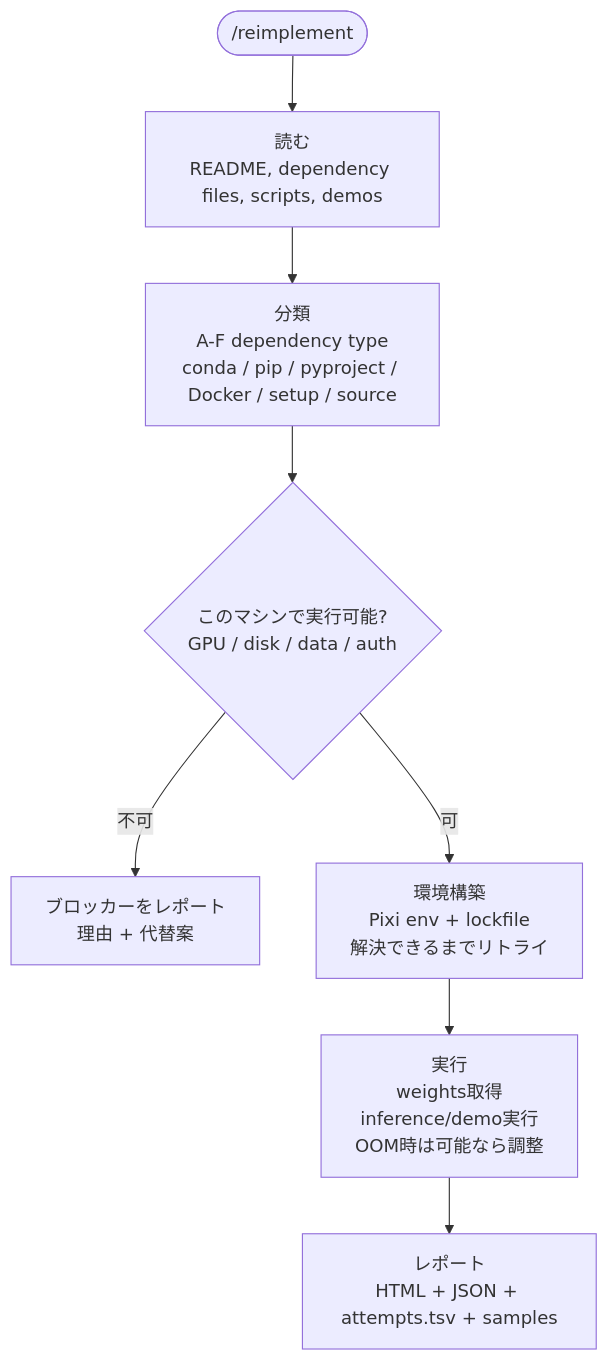
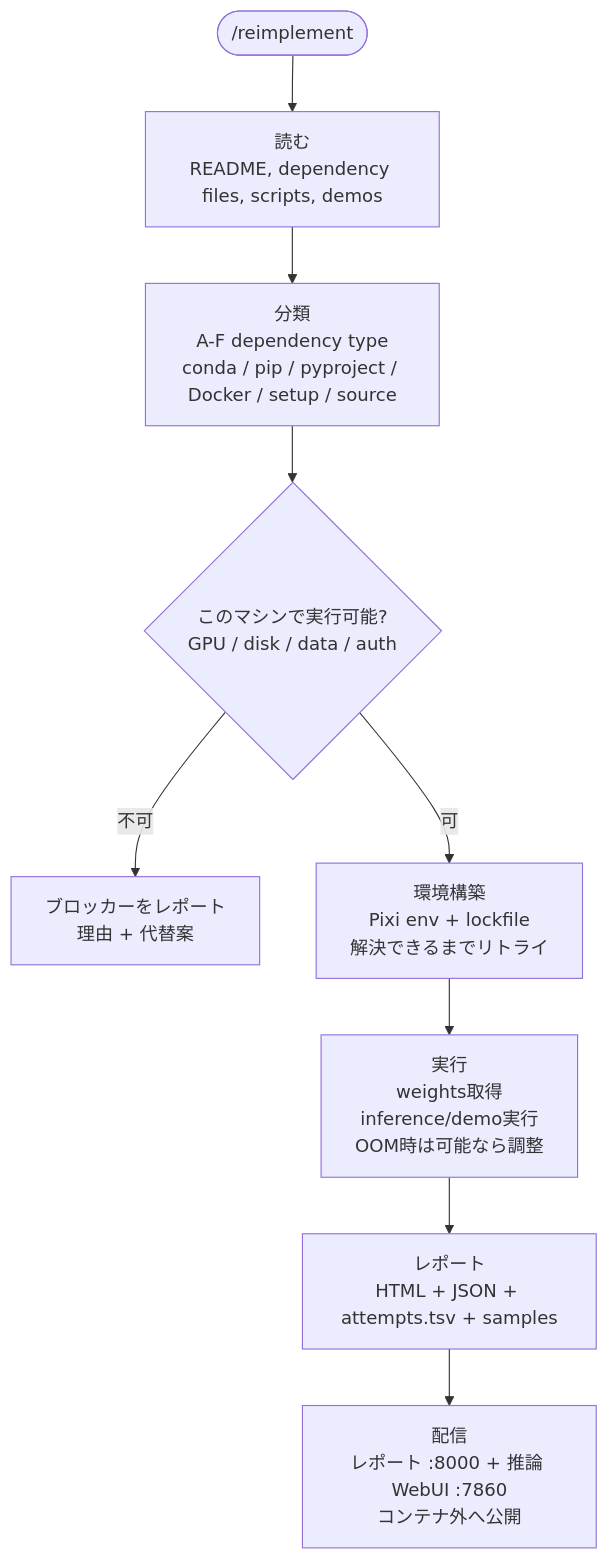
Before and after one commit to DenDen047/paper-reproducer: the diagram in README.ja.md, drawn with Mermaid. The commit also changed other lines of this file and 2 other files, not shown here.

Commit message:
docs: document inference WebUI generation and --serve mode

````diff
--- a/README.ja.md
+++ b/README.ja.md
@@ -97,10 +119,11 @@
 ```mermaid
 flowchart TD
     Start([/reimplement]) --> Read["読む<br/>README, dependency files, scripts, demos"]
     Read --> Classify["分類<br/>A-F dependency type<br/>conda / pip / pyproject / Docker / setup / source"]
     Classify --> Gate{"このマシンで実行可能?<br/>GPU / disk / data / auth"}
     Gate -- 不可 --> Fail["ブロッカーをレポート<br/>理由 + 代替案"]
     Gate -- 可 --> Build["環境構築<br/>Pixi env + lockfile<br/>解決できるまでリトライ"]
     Build --> Run["実行<br/>weights取得<br/>inference/demo実行<br/>OOM時は可能なら調整"]
     Run --> Report["レポート<br/>HTML + JSON + attempts.tsv + samples"]
+    Report --> Serve["配信<br/>レポート :8000 + 推論 WebUI :7860<br/>コンテナ外へ公開"]
 ```
````
